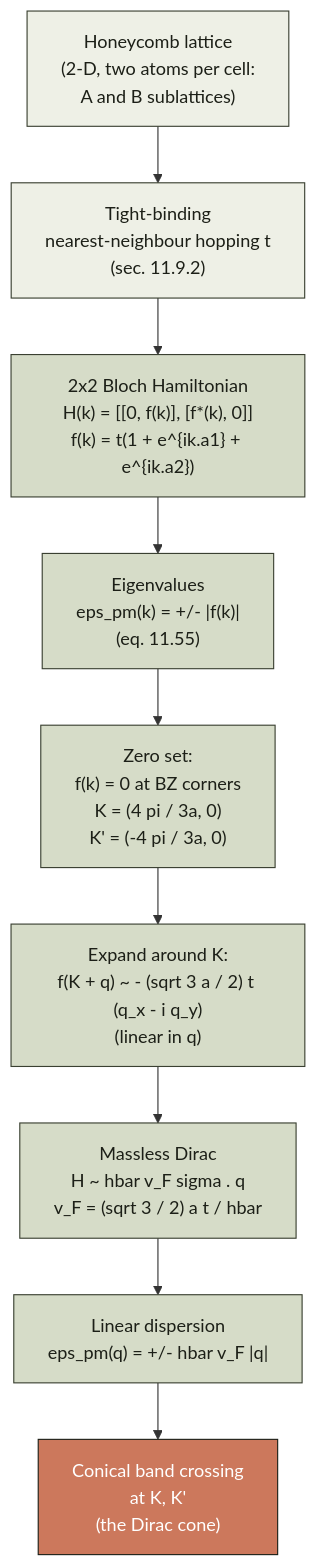
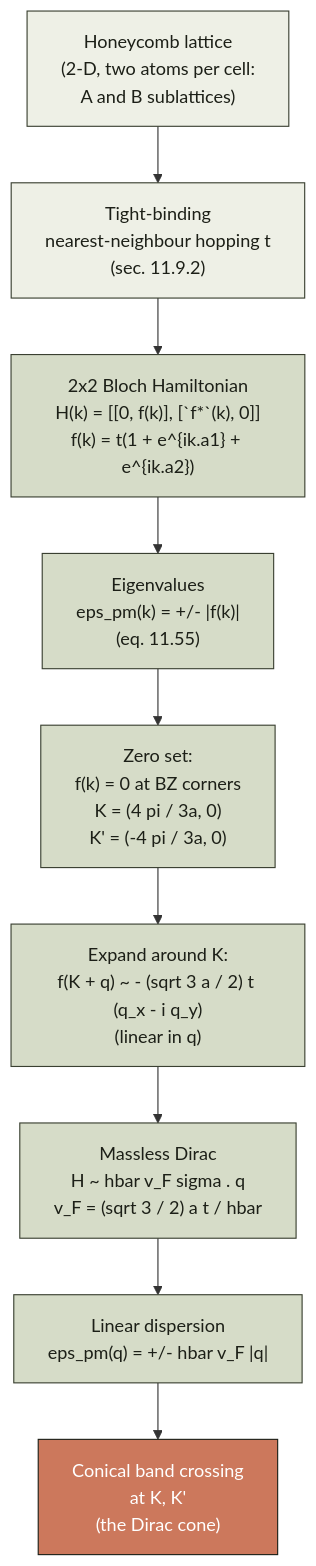
Before and after one commit to Shuvam-Banerji-Seal/DFT-notes: the second of 3 diagrams in dft_notes/chapter_11/00-band-structures.md, drawn with Mermaid. The commit also changed other lines of this file and 33 other files, not shown here.

````diff
--- a/dft_notes/chapter_11/00-band-structures.md
+++ b/dft_notes/chapter_11/00-band-structures.md
@@ -1403,27 +1403,27 @@
 ```mermaid
 
 %%{init: {'flowchart': {'htmlLabels': true, 'curve': 'basis'}}}%%
 graph TD
   L1["Honeycomb lattice<br/>(2-D, two atoms per cell:<br/>A and B sublattices)"] --> L2["Tight-binding<br/>nearest-neighbour hopping t<br/>(sec. 11.9.2)"]
-  L2 --> H2["2x2 Bloch Hamiltonian<br/>H(k) = [[0, f(k)], [f*(k), 0]]<br/>f(k) = t(1 + e^{ik.a1} + e^{ik.a2})"]
+  L2 --> H2["2x2 Bloch Hamiltonian<br/>H(k) = [[0, f(k)], [`f*`(k), 0]]<br/>f(k) = t(1 + e^{ik.a1} + e^{ik.a2})"]
   H2 --> EG["Eigenvalues<br/>eps_pm(k) = +/- |f(k)|<br/>(eq. 11.55)"]
   EG --> ZERO["Zero set:<br/>f(k) = 0 at BZ corners<br/>K = (4 pi / 3a, 0)<br/>K' = (-4 pi / 3a, 0)"]
   ZERO --> EXP["Expand around K:<br/>f(K + q) ~ - (sqrt 3 a / 2) t (q_x - i q_y)<br/>(linear in q)"]
   EXP --> DIRAC["Massless Dirac<br/>H ~ hbar v_F sigma . q<br/>v_F = (sqrt 3 / 2) a t / hbar"]
   DIRAC --> CONE["Linear dispersion<br/>eps_pm(q) = +/- hbar v_F |q|"]
   CONE --> OUT["Conical band crossing<br/>at K, K'<br/>(the Dirac cone)"]
 
   classDef inp  fill:#eef0e6,stroke:#3a4031,color:#1c1f17;
   classDef step fill:#d6dcc8,stroke:#3a4031,color:#1c1f17;
   classDef out  fill:#cc785c,stroke:#1c1f17,color:#ffffff;
   class L1 inp
   class L2 inp
   class H2 step
   class EG step
   class ZERO step
   class EXP step
   class DIRAC step
   class CONE step
   class OUT out
 
 ```
````
